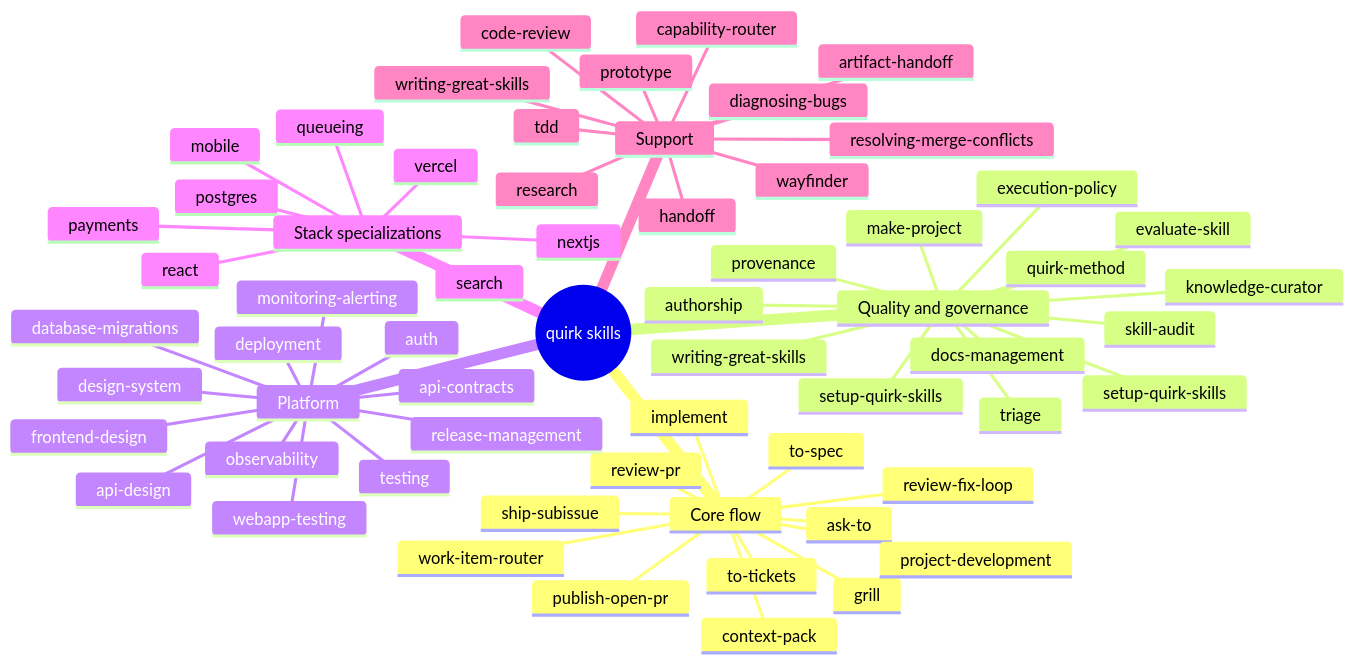
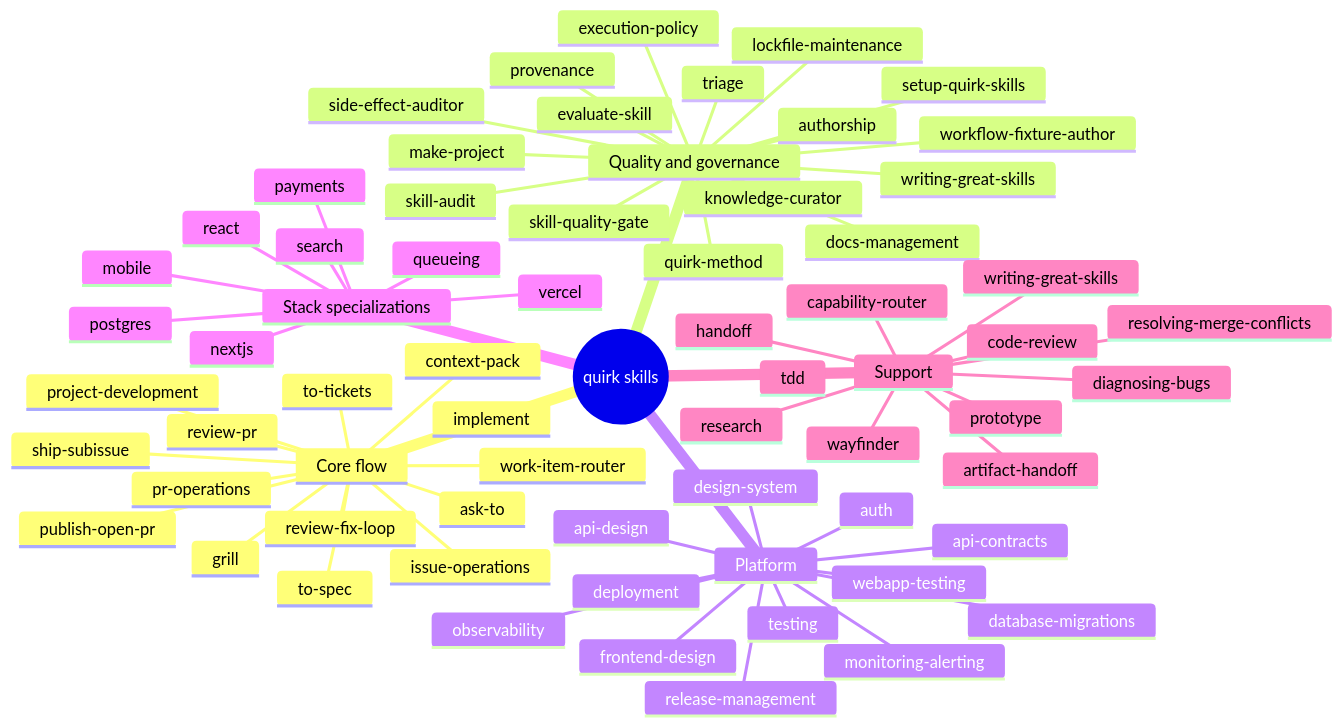
One commit to quantumquirkxyz/skills-quirk changed the diagram in docs/agents/skills-map.md. Above: the diagram before and after it, drawn with Mermaid. The commit also changed other lines of this file and 5 other files, not shown here.

````diff
--- a/docs/agents/skills-map.md
+++ b/docs/agents/skills-map.md
@@ -3,65 +3,70 @@
 ```mermaid
 mindmap
     root((quirk skills))
         Core flow
             ask-to
             grill
             project-development
             context-pack
             work-item-router
             to-spec
             to-tickets
             implement
             publish-open-pr
+            issue-operations
+            pr-operations
             review-pr
             review-fix-loop
             ship-subissue
         Quality and governance
             authorship
             quirk-method
             provenance
             skill-audit
             evaluate-skill
+            lockfile-maintenance
+            skill-quality-gate
+            workflow-fixture-author
+            side-effect-auditor
             knowledge-curator
             writing-great-skills
             execution-policy
             docs-management
             triage
             make-project
-            setup-quirk-skills
             setup-quirk-skills
         Platform
             frontend-design
             design-system
             webapp-testing
             api-design
             api-contracts
             auth
             deployment
             release-management
             monitoring-alerting
             observability
             testing
             database-migrations
         Stack specializations
             nextjs
             react
             vercel
             postgres
             search
             queueing
             mobile
             payments
         Support
             artifact-handoff
             handoff
             prototype
             research
             tdd
             diagnosing-bugs
             resolving-merge-conflicts
             capability-router
             code-review
             wayfinder
             writing-great-skills
 ```
````
